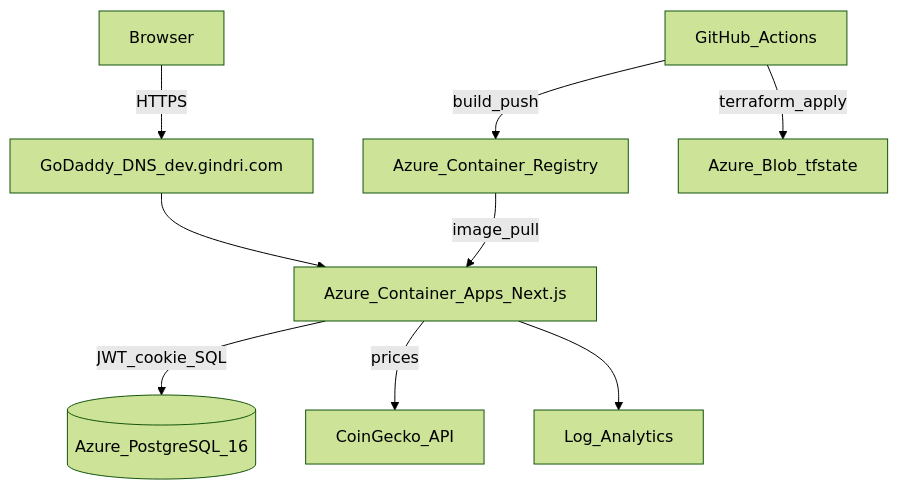
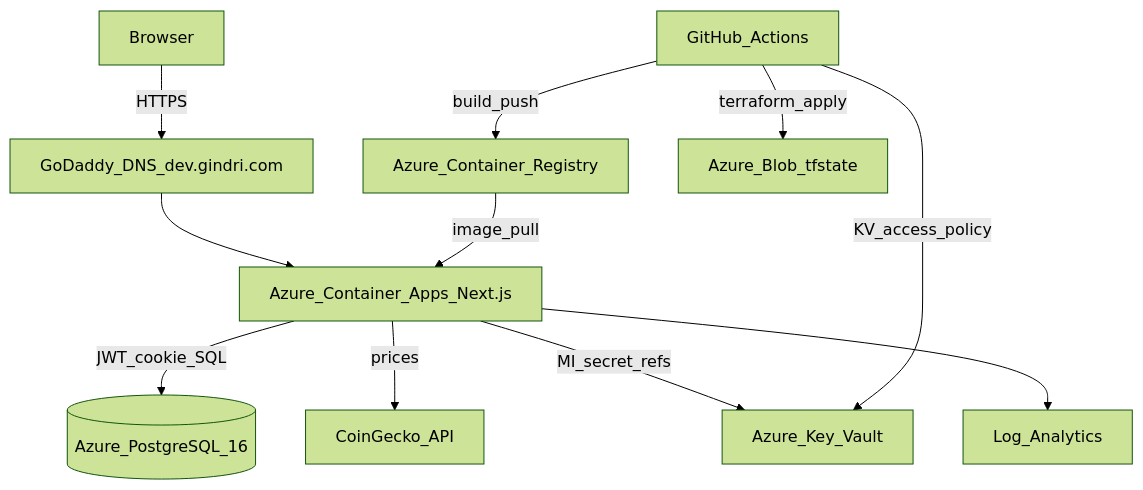
The first of 2 diagrams in README.md (gindriliunas/crypto-trading), drawn with Mermaid (forest theme) before and after one commit. The commit also changed other lines of this file, not shown here.

````diff
--- a/README.md
+++ b/README.md
@@ -14,11 +14,13 @@
 ```mermaid
 flowchart TD
   User[Browser] -->|HTTPS| DNS[GoDaddy_DNS_dev.gindri.com]
   DNS --> App[Azure_Container_Apps_Next.js]
   App -->|JWT_cookie_SQL| DB[(Azure_PostgreSQL_16)]
   App -->|prices| CG[CoinGecko_API]
+  App -->|MI_secret_refs| KV[Azure_Key_Vault]
   GH[GitHub_Actions] -->|build_push| ACR[Azure_Container_Registry]
   ACR -->|image_pull| App
   GH -->|terraform_apply| State[Azure_Blob_tfstate]
+  GH -->|KV_access_policy| KV
   App --> Logs[Log_Analytics]
 ```
````
